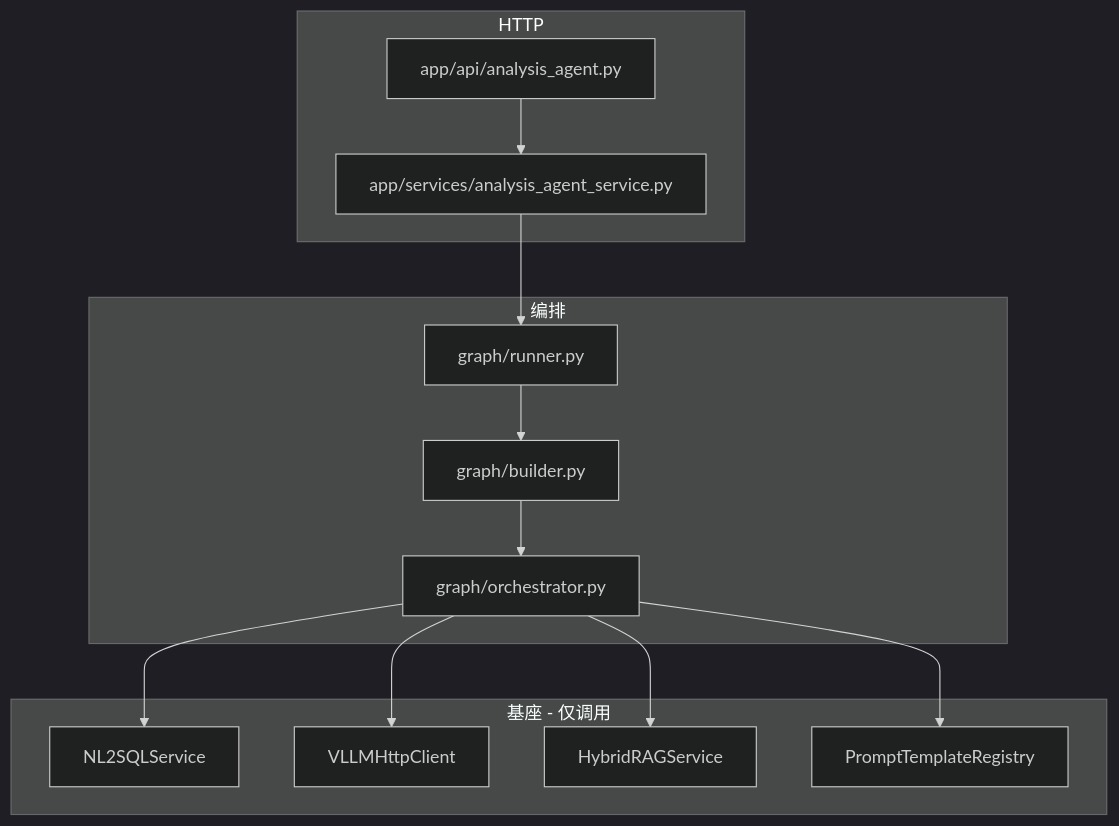
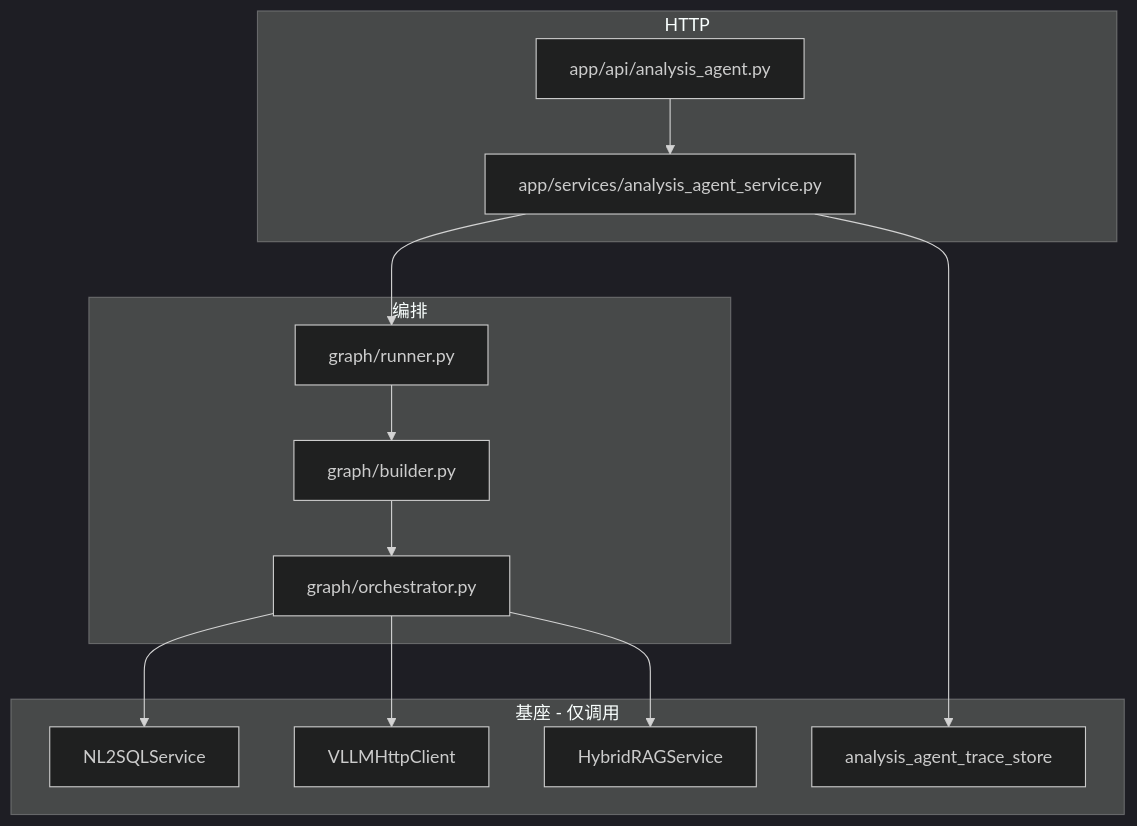
One commit to gaocf888/models_app_framework changed the first of 2 diagrams in enterprise-level_transformation_docs/综合分析智能体(analysis_agent)实现逻辑说明(代码).md. Above: the diagram before and after it, drawn with Mermaid (dark theme). The commit also changed other lines of this file and 56 other files, not shown here.

````diff
--- a/enterprise-level_transformation_docs/综合分析智能体(analysis_agent)实现逻辑说明(代码).md
+++ b/enterprise-level_transformation_docs/综合分析智能体(analysis_agent)实现逻辑说明(代码).md
@@ -39,23 +45,23 @@
 ```mermaid
 flowchart TB
   subgraph http [HTTP]
     API["app/api/analysis_agent.py"]
     SVC["app/services/analysis_agent_service.py"]
   end
   subgraph graph [编排]
     RUN["graph/runner.py"]
     BUILD["graph/builder.py"]
     ORCH["graph/orchestrator.py"]
   end
   subgraph base [基座 - 仅调用]
     NL2SQL["NL2SQLService"]
     LLM["VLLMHttpClient"]
     BRAG["HybridRAGService"]
-    PROMPT["PromptTemplateRegistry"]
+    TRACE["analysis_agent_trace_store"]
   end
   API --> SVC --> RUN --> BUILD --> ORCH
   ORCH --> NL2SQL
   ORCH --> LLM
   ORCH --> BRAG
-  ORCH --> PROMPT
+  SVC --> TRACE
 ```
````
